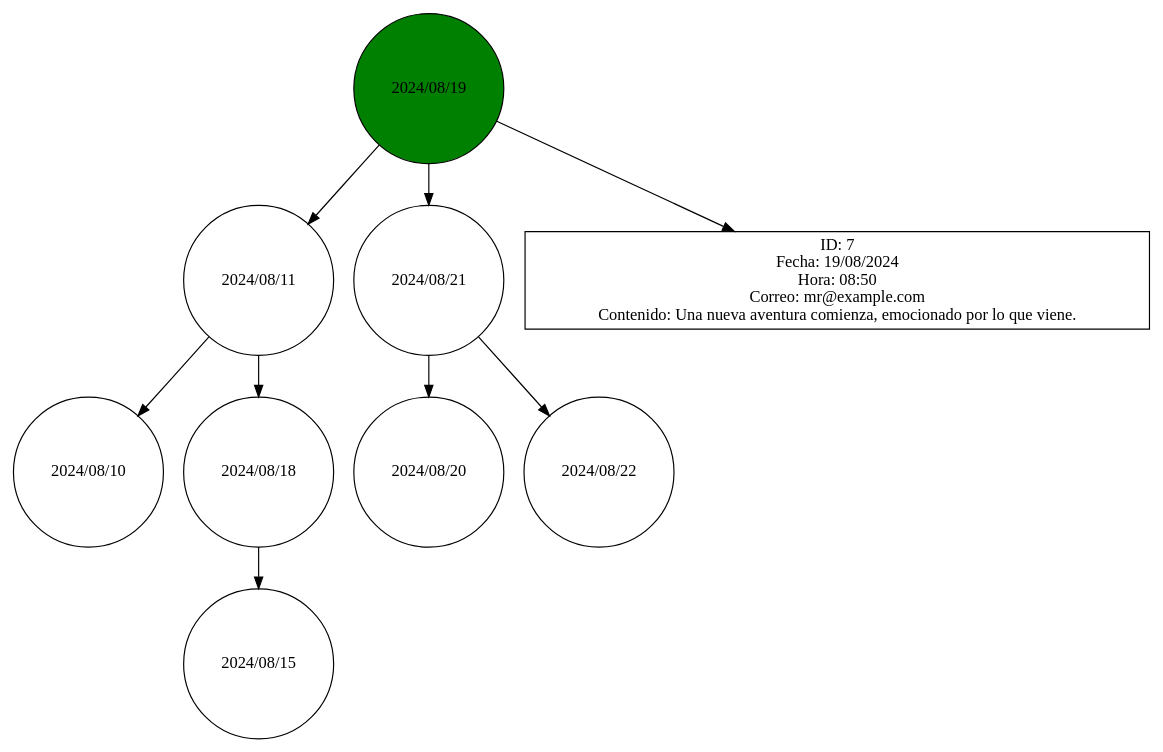
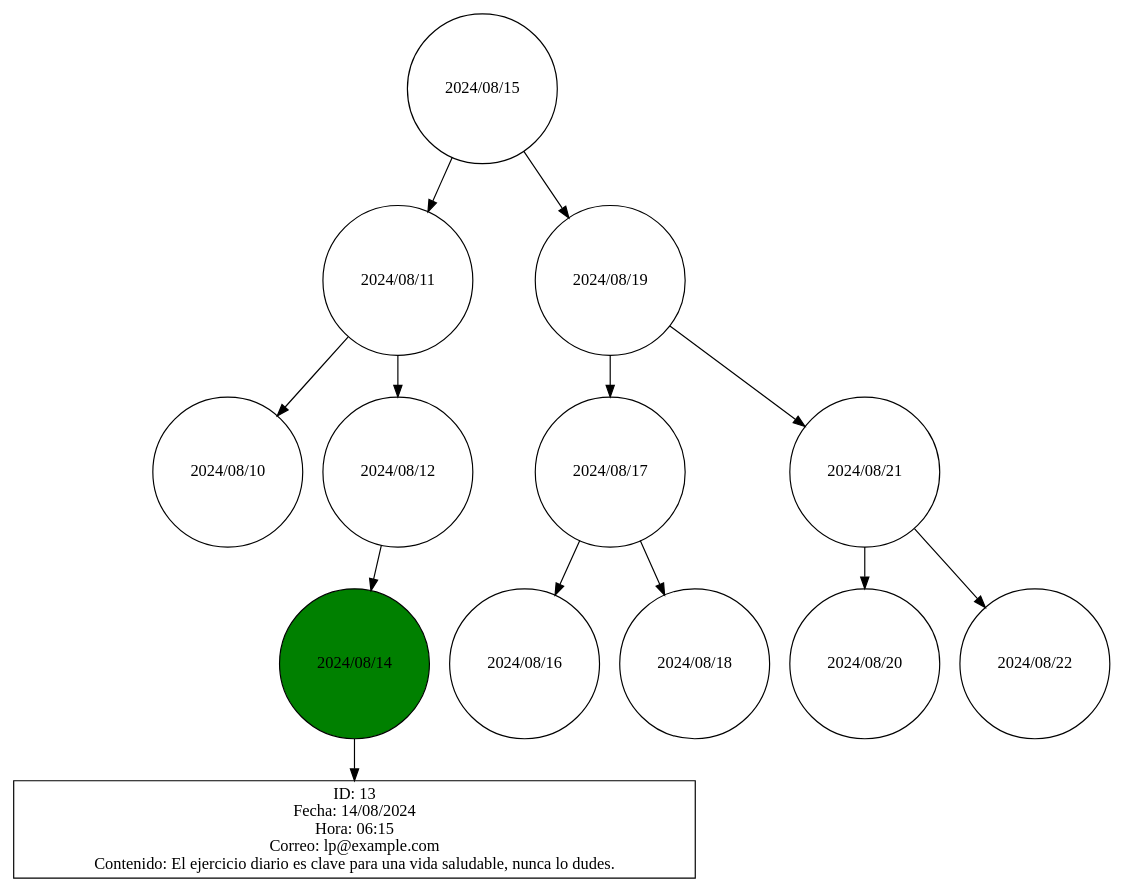
Before and after one commit to Kevin-alvarez1/PROYECTO_MULTIFASES_RED_SOCIAL: the diagram in Fase3/main/build/Desktop_Qt_6_7_2_MinGW_64_bit-Debug/ArbolBB.dot, drawn with Graphviz. The commit also changed 61 other files, not shown here.

```diff
--- a/Fase3/main/build/Desktop_Qt_6_7_2_MinGW_64_bit-Debug/ArbolBB.dot
+++ b/Fase3/main/build/Desktop_Qt_6_7_2_MinGW_64_bit-Debug/ArbolBB.dot
@@ -1,13 +1,17 @@
 digraph BSTTree {
 node [shape=circle];
-"2024/08/19" -> "2024/08/11";
+"2024/08/15" -> "2024/08/11";
 "2024/08/11" -> "2024/08/10";
-"2024/08/11" -> "2024/08/18";
-"2024/08/18" -> "2024/08/15";
+"2024/08/11" -> "2024/08/12";
+"2024/08/12" -> "2024/08/14";
+"2024/08/14" [style=filled, fillcolor=green];
+"pub_13" [shape=rectangle, label="ID: 13\nFecha: 14/08/2024\nHora: 06:15\nCorreo: lp@example.com\nContenido: El ejercicio diario es clave para una vida saludable, nunca lo dudes."];
+"2024/08/14" -> "pub_13";
+"2024/08/15" -> "2024/08/19";
+"2024/08/19" -> "2024/08/17";
+"2024/08/17" -> "2024/08/16";
+"2024/08/17" -> "2024/08/18";
 "2024/08/19" -> "2024/08/21";
 "2024/08/21" -> "2024/08/20";
 "2024/08/21" -> "2024/08/22";
-"2024/08/19" [style=filled, fillcolor=green];
-"pub_7" [shape=rectangle, label="ID: 7\nFecha: 19/08/2024\nHora: 08:50\nCorreo: mr@example.com\nContenido: Una nueva aventura comienza, emocionado por lo que viene."];
-"2024/08/19" -> "pub_7";
 }
```
